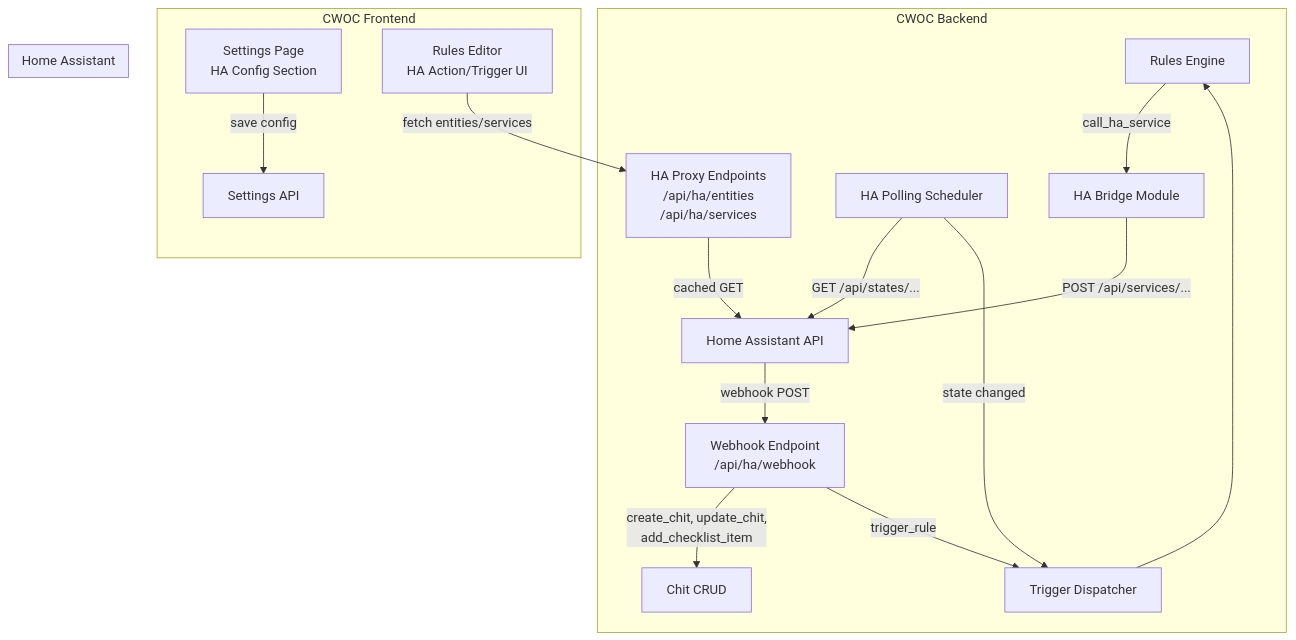
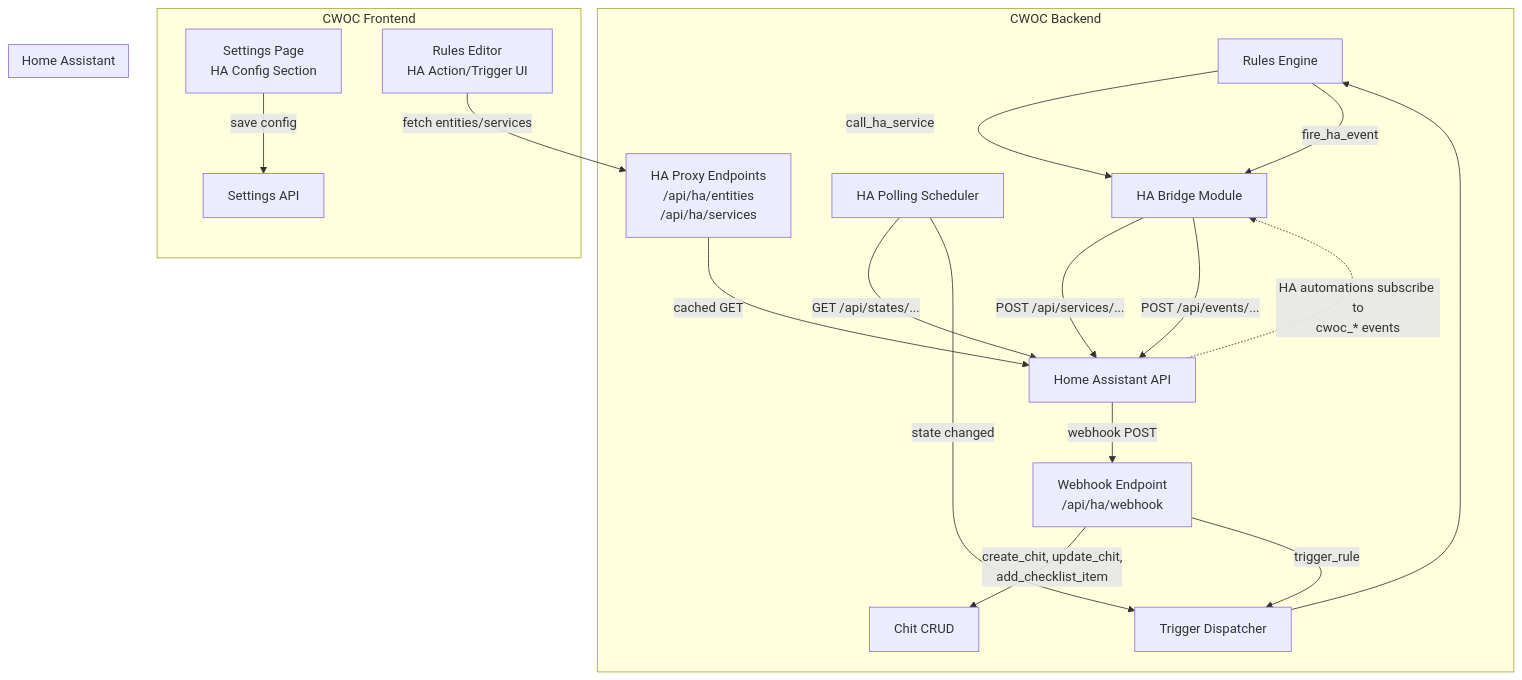
Before and after one commit to cwhiii/CWOC: the diagram in .kiro/specs/home-assistant-integration/design.md, drawn with Mermaid. The commit also changed other lines of this file and 13 other files, not shown here.

````diff
--- a/.kiro/specs/home-assistant-integration/design.md
+++ b/.kiro/specs/home-assistant-integration/design.md
@@ -22,25 +22,28 @@
 ```mermaid
 graph TB
     subgraph CWOC Backend
         RE[Rules Engine] -->|call_ha_service| HAB[HA Bridge Module]
+        RE -->|fire_ha_event| HAB
         HAB -->|POST /api/services/...| HA[Home Assistant API]
+        HAB -->|POST /api/events/...| HA
         
         PS[HA Polling Scheduler] -->|GET /api/states/...| HA
         PS -->|state changed| TD[Trigger Dispatcher]
         TD --> RE
         
         WH[Webhook Endpoint<br>/api/ha/webhook] -->|create_chit, update_chit,<br>add_checklist_item| ChitRoutes[Chit CRUD]
         WH -->|trigger_rule| TD
         
         PROXY[HA Proxy Endpoints<br>/api/ha/entities<br>/api/ha/services] -->|cached GET| HA
     end
     
     subgraph CWOC Frontend
         SET[Settings Page<br>HA Config Section] -->|save config| SETAPI[Settings API]
         RUE[Rules Editor<br>HA Action/Trigger UI] -->|fetch entities/services| PROXY
     end
     
     subgraph Home Assistant
         HA -->|webhook POST| WH
+        HA -.->|HA automations subscribe to<br>cwoc_* events| HAB
     end
 ```
````
